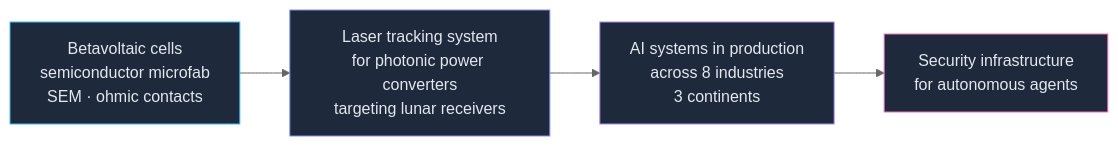
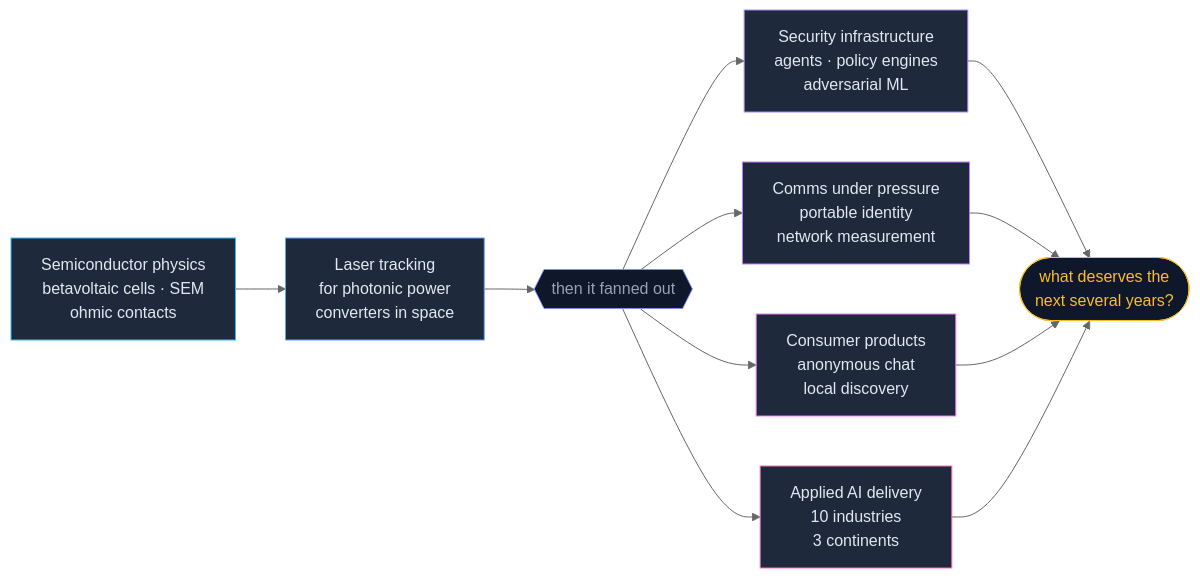
Before and after one commit to ElamOlame31/ElamOlame31: the diagram in README.md, drawn with Mermaid (neutral theme). The commit also changed other lines of this file, not shown here.

Commit message:
Rework The range: fan-out diagram and unifying line

````diff
--- a/README.md
+++ b/README.md
@@ -95,11 +95,22 @@
 ```mermaid
 graph LR
-    A["Betavoltaic cells<br/>semiconductor microfab<br/>SEM · ohmic contacts"] --> B["Laser tracking system<br/>for photonic power converters<br/>targeting lunar receivers"]
-    B --> C["AI systems in production<br/>across 8 industries<br/>3 continents"]
-    C --> D["Security infrastructure<br/>for autonomous agents"]
+    A["Semiconductor physics<br/>betavoltaic cells · SEM<br/>ohmic contacts"] --> B["Laser tracking<br/>for photonic power<br/>converters in space"]
+    B --> C{{"then it fanned out"}}
+    C --> D["Security infrastructure<br/>agents · policy engines<br/>adversarial ML"]
+    C --> E["Comms under pressure<br/>portable identity<br/>network measurement"]
+    C --> F["Consumer products<br/>anonymous chat<br/>local discovery"]
+    C --> G["Applied AI delivery<br/>10 industries<br/>3 continents"]
+    D --> H(["what deserves the<br/>next several years?"])
+    E --> H
+    F --> H
+    G --> H
 
     style A fill:#1e293b,stroke:#38bdf8,color:#e2e8f0
-    style B fill:#1e293b,stroke:#818cf8,color:#e2e8f0
-    style C fill:#1e293b,stroke:#a78bfa,color:#e2e8f0
-    style D fill:#1e293b,stroke:#f472b6,color:#e2e8f0
+    style B fill:#1e293b,stroke:#60a5fa,color:#e2e8f0
+    style C fill:#0f172a,stroke:#818cf8,color:#94a3b8
+    style D fill:#1e293b,stroke:#a78bfa,color:#e2e8f0
+    style E fill:#1e293b,stroke:#c084fc,color:#e2e8f0
+    style F fill:#1e293b,stroke:#e879f9,color:#e2e8f0
+    style G fill:#1e293b,stroke:#f472b6,color:#e2e8f0
+    style H fill:#0f172a,stroke:#fbbf24,color:#fbbf24
 ```
````
